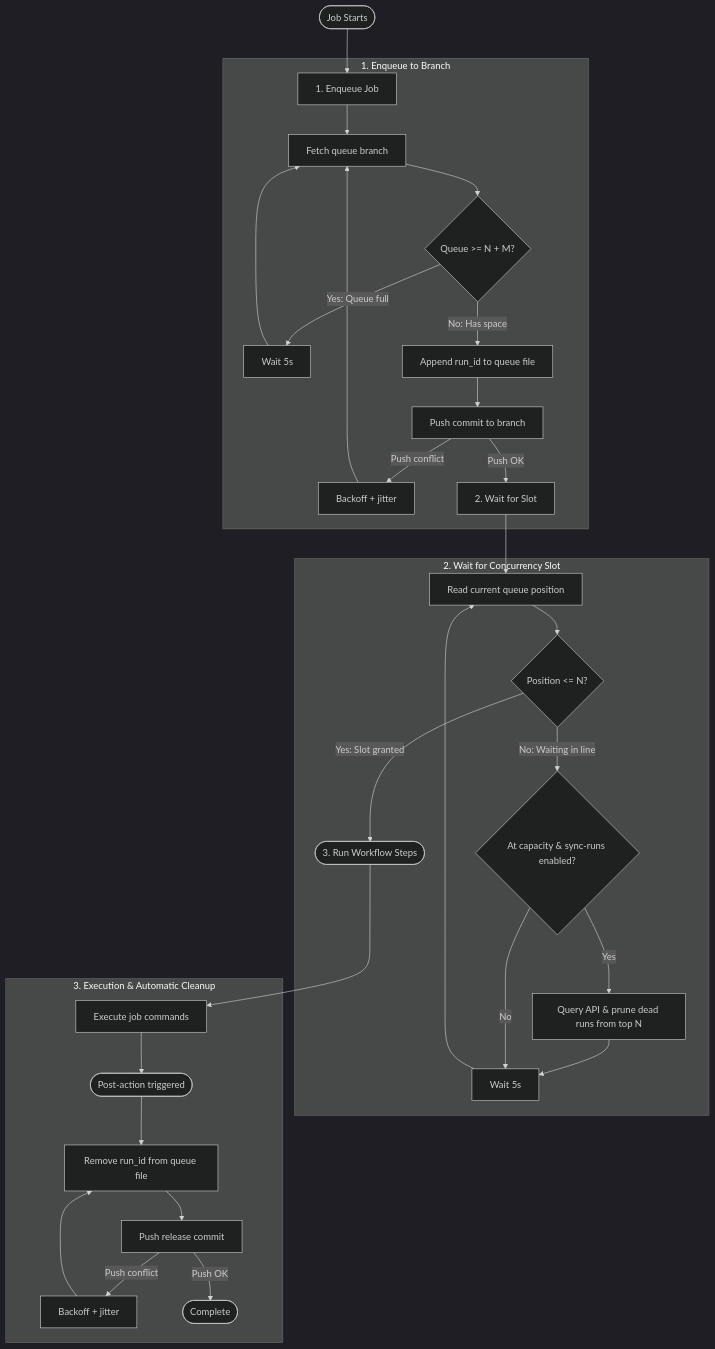
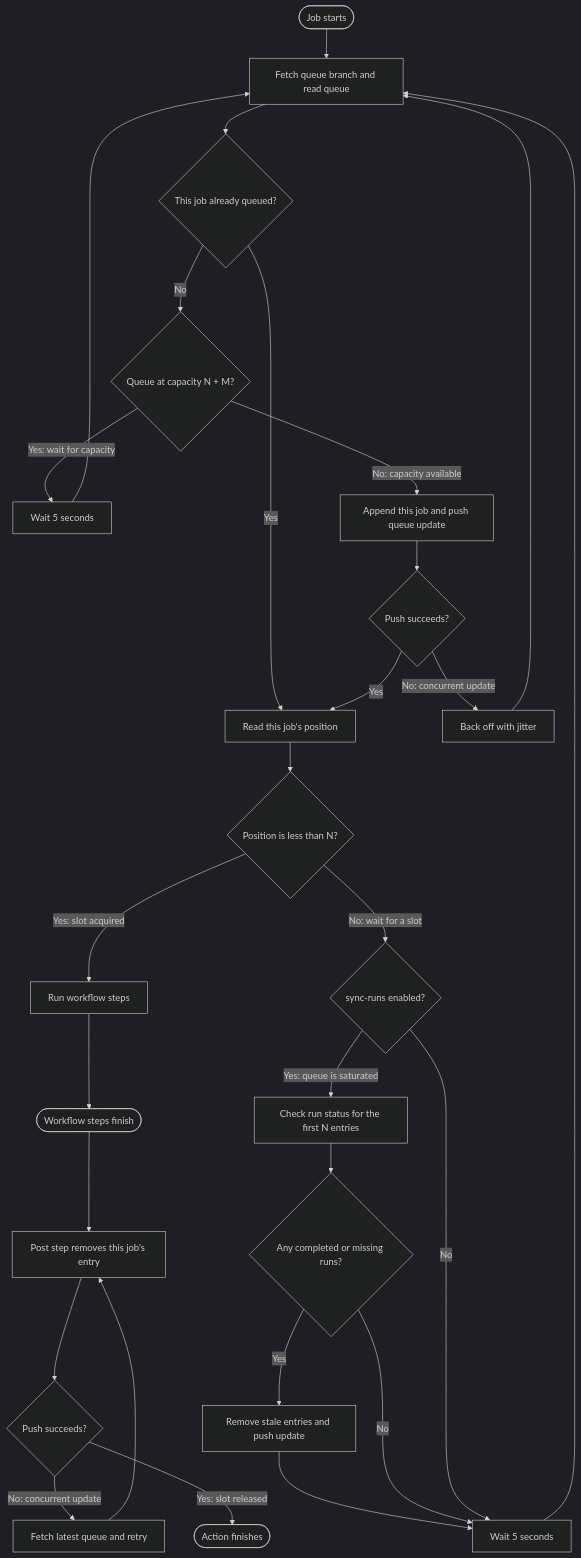
The first of 2 diagrams in github/queue/README.md (elastic/oblt-actions), drawn with Mermaid (dark theme) before and after one commit.

Commit message:
docs(github/queue): simplify queue flowchart for readability

````diff
--- a/github/queue/README.md
+++ b/github/queue/README.md
@@ -115,37 +115,32 @@
 ```mermaid
 flowchart TD
-    %% Main Entry
-    Start([Job Starts]) --> Enqueue[1. Enqueue Job]
+    A([Job starts]) --> B[Fetch queue branch and read queue]
+    B --> C{This job already queued?}
+    C -- "Yes" --> H[Read this job's position]
+    C -- "No" --> D{Queue at capacity N + M?}
+    D -- "Yes: wait for capacity" --> E[Wait 5 seconds]
+    E --> B
+    D -- "No: capacity available" --> F[Append this job and push queue update]
+    F --> G{Push succeeds?}
+    G -- "No: concurrent update" --> R[Back off with jitter]
+    R --> B
+    G -- "Yes" --> H
 
-    %% Enqueue Stage
-    subgraph Step1["1. Enqueue to Branch"]
-        Enqueue --> FetchBranch[Fetch queue branch]
-        FetchBranch --> CheckCap{Queue >= N + M?}
-        CheckCap -- Yes: Queue full --> WaitCap[Wait 5s] --> FetchBranch
-        CheckCap -- No: Has space --> AddToQueue[Append run_id to queue file]
-        AddToQueue --> PushEnqueue[Push commit to branch]
-        PushEnqueue -- Push conflict --> RetryEnqueue[Backoff + jitter] --> FetchBranch
-        PushEnqueue -- Push OK --> WaitSlot[2. Wait for Slot]
-    end
+    H --> I{Position is less than N?}
+    I -- "Yes: slot acquired" --> J[Run workflow steps]
+    I -- "No: wait for a slot" --> K{sync-runs enabled?}
+    K -- "Yes: queue is saturated" --> L[Check run status for the first N entries]
+    L --> M{Any completed or missing runs?}
+    M -- "Yes" --> N[Remove stale entries and push update]
+    N --> O[Wait 5 seconds]
+    M -- "No" --> O
+    K -- "No" --> O
+    O --> B
 
-    %% Wait Stage
-    subgraph Step2["2. Wait for Concurrency Slot"]
-        WaitSlot --> ReadPos[Read current queue position]
-        ReadPos --> CheckSlot{Position <= N?}
-        CheckSlot -- Yes: Slot granted --> RunSteps([3. Run Workflow Steps])
-        CheckSlot -- No: Waiting in line --> CheckPrune{At capacity & sync-runs enabled?}
-        CheckPrune -- Yes --> PruneDead[Query API & prune dead runs from top N] --> PollWait[Wait 5s]
-        CheckPrune -- No --> PollWait
-        PollWait --> ReadPos
-    end
-
-    %% Execution & Cleanup
-    subgraph Step3["3. Execution & Automatic Cleanup"]
-        RunSteps --> Execute[Execute job commands]
-        Execute --> PostAction([Post-action triggered])
-        PostAction --> RemoveEntry[Remove run_id from queue file]
-        RemoveEntry --> PushRelease[Push release commit]
-        PushRelease -- Push conflict --> RetryRelease[Backoff + jitter] --> RemoveEntry
-        PushRelease -- Push OK --> Done([Complete])
-    end
+    J --> P([Workflow steps finish])
+    P --> Q[Post step removes this job's entry]
+    Q --> S{Push succeeds?}
+    S -- "No: concurrent update" --> T[Fetch latest queue and retry]
+    T --> Q
+    S -- "Yes: slot released" --> U([Action finishes])
 ```
````
